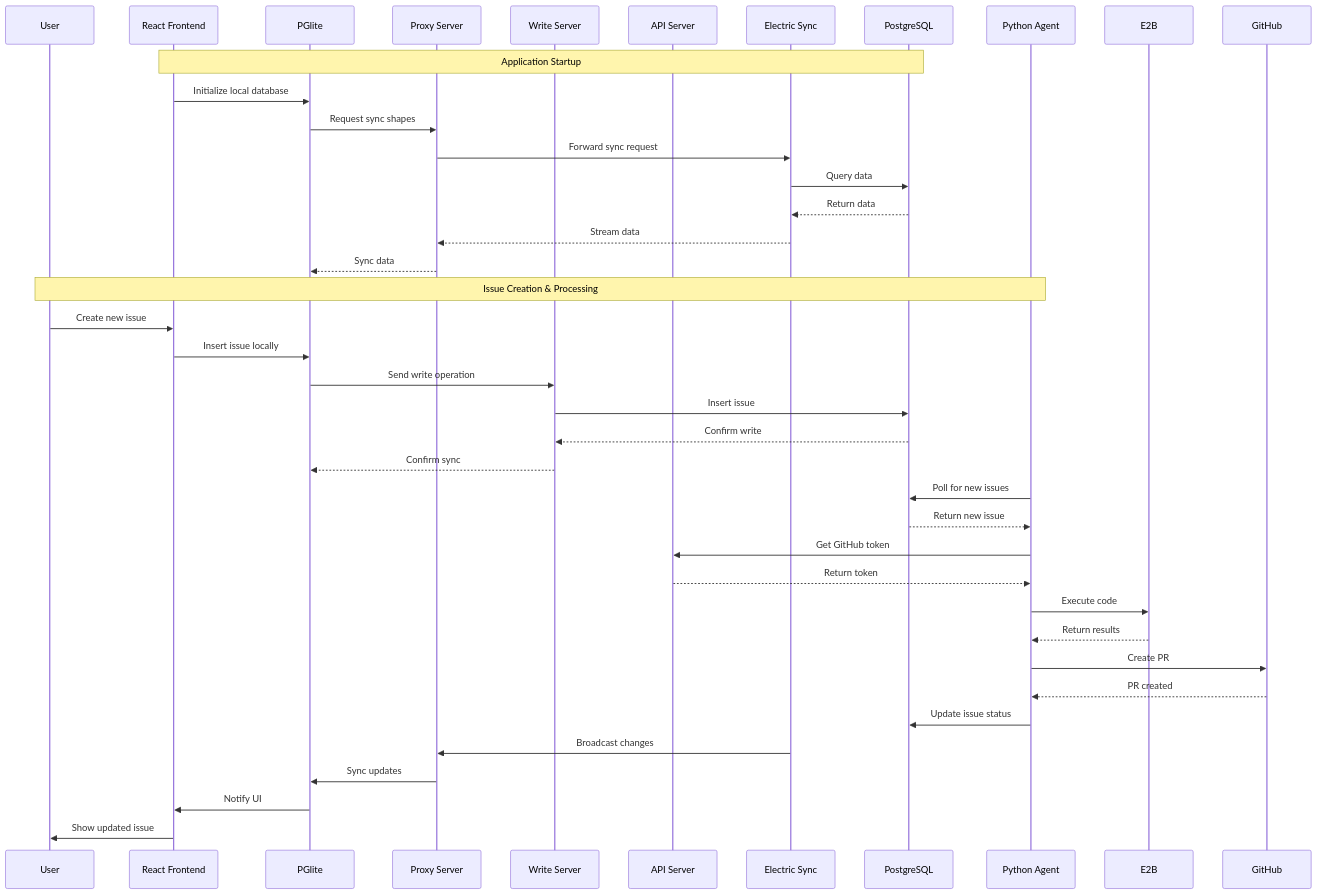
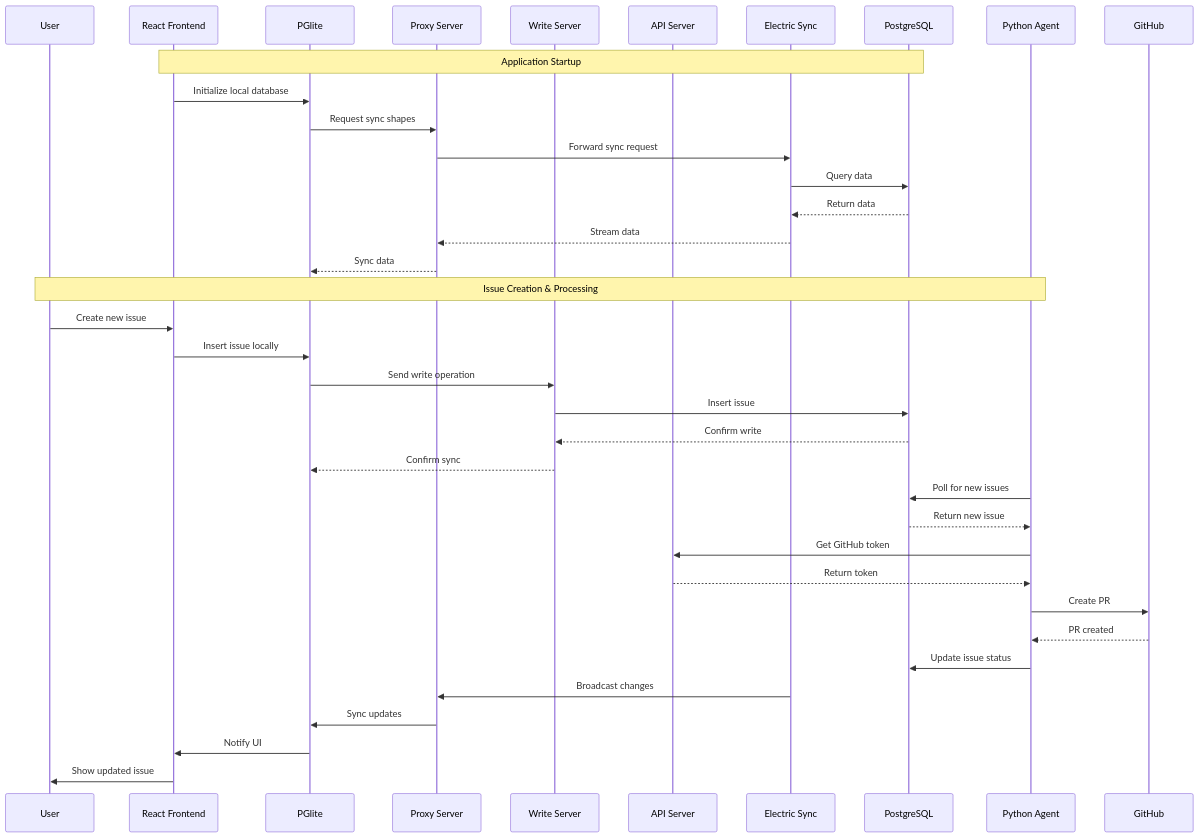
The third of 4 diagrams in ARCHITECTURE.md (anantjain-xyz/wallie), drawn with Mermaid before and after one commit. The commit also changed other lines of this file and 2 other files, not shown here.

````diff
--- a/ARCHITECTURE.md
+++ b/ARCHITECTURE.md
@@ -240,48 +238,46 @@
 ```mermaid
 sequenceDiagram
     participant U as User
     participant FE as React Frontend
     participant PG as PGlite
     participant PS as Proxy Server
     participant WS as Write Server
     participant AS as API Server
     participant ES as Electric Sync
     participant DB as PostgreSQL
     participant AG as Python Agent
     
     %% Initial sync
     Note over FE,DB: Application Startup
     FE->>PG: Initialize local database
     PG->>PS: Request sync shapes
     PS->>ES: Forward sync request
     ES->>DB: Query data
     DB-->>ES: Return data
     ES-->>PS: Stream data
     PS-->>PG: Sync data
     
     %% User creates issue
     Note over U,AG: Issue Creation & Processing
     U->>FE: Create new issue
     FE->>PG: Insert issue locally
     PG->>WS: Send write operation
     WS->>DB: Insert issue
     DB-->>WS: Confirm write
     WS-->>PG: Confirm sync
     
     %% Agent processes issue
     AG->>DB: Poll for new issues
     DB-->>AG: Return new issue
     AG->>AS: Get GitHub token
     AS-->>AG: Return token
-    AG->>E2B: Execute code
-    E2B-->>AG: Return results
     AG->>GitHub: Create PR
     GitHub-->>AG: PR created
     AG->>DB: Update issue status
     
     %% Sync back to client
     ES->>PS: Broadcast changes
     PS->>PG: Sync updates
     PG->>FE: Notify UI
     FE->>U: Show updated issue
 ```
````
